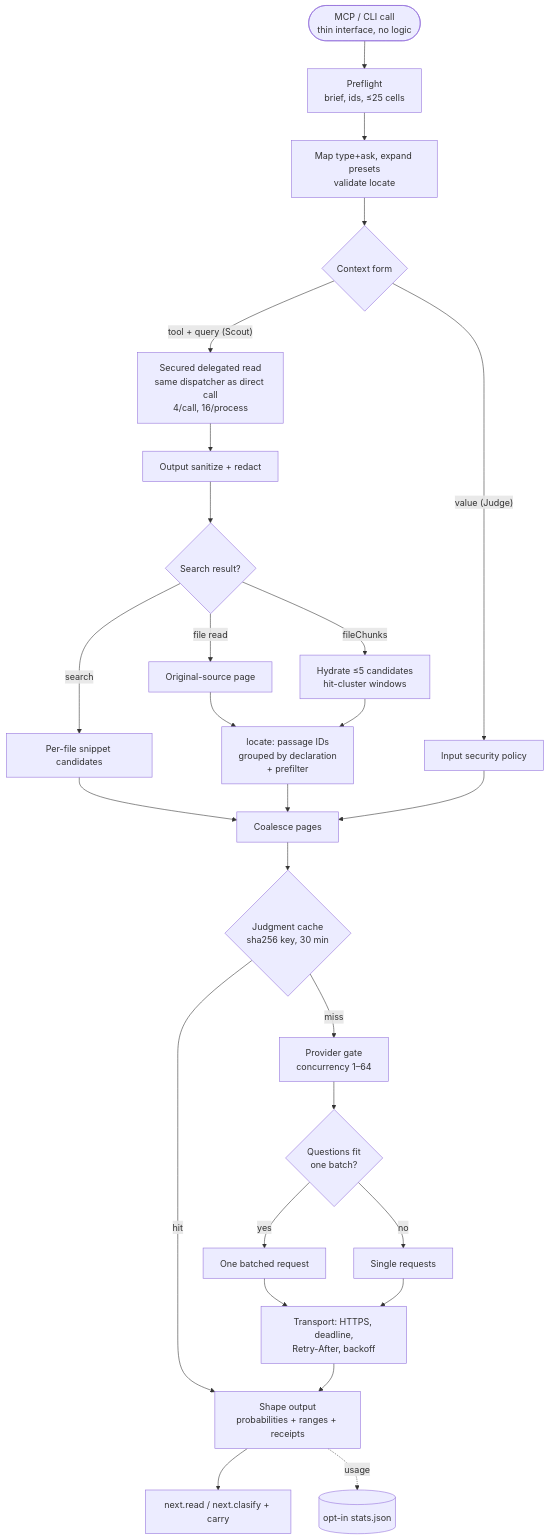
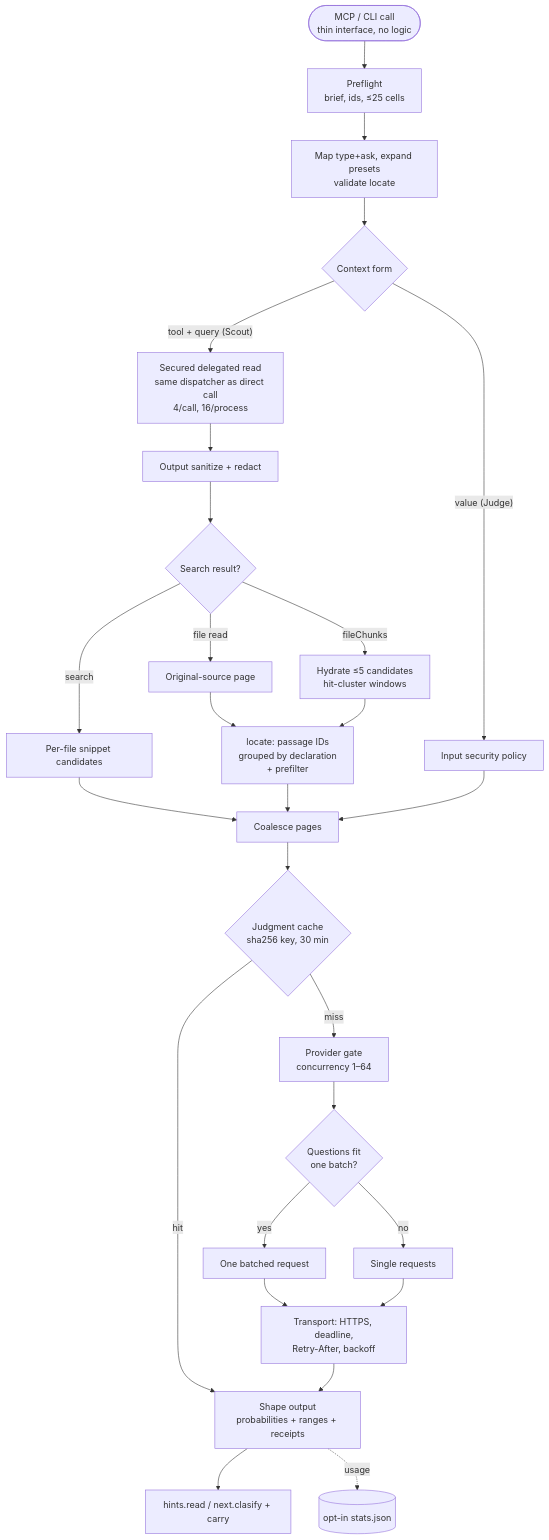
The second of 4 diagrams in docs/OCTOCODE_CLASIFY.md (bgauryy/octocode), drawn with Mermaid before and after one commit. The commit also changed other lines of this file and 374 other files, not shown here.

````diff
--- a/docs/OCTOCODE_CLASIFY.md
+++ b/docs/OCTOCODE_CLASIFY.md
@@ -109,29 +109,29 @@
 ```mermaid
 flowchart TD
     IN(["MCP / CLI call<br/>thin interface, no logic"]) --> PF["Preflight<br/>brief, ids, ≤25 cells"]
     PF --> QX["Map type+ask, expand presets<br/>validate locate"]
     QX --> CF{Context form}
     CF -- "value (Judge)" --> SEC1[Input security policy]
     CF -- "tool + query (Scout)" --> RD["Secured delegated read<br/>same dispatcher as direct call<br/>4/call, 16/process"]
     RD --> SAN[Output sanitize + redact]
     SAN --> CAND{Search result?}
     CAND -- "search" --> SNIP[Per-file snippet candidates]
     CAND -- "fileChunks" --> HYD["Hydrate ≤5 candidates<br/>hit-cluster windows"]
     CAND -- "file read" --> PAGE[Original-source page]
     PAGE --> LOC["locate: passage IDs<br/>grouped by declaration<br/>+ prefilter"]
     HYD --> LOC
     SNIP --> CO[Coalesce pages]
     LOC --> CO
     SEC1 --> CO
     CO --> CACHE{"Judgment cache<br/>sha256 key, 30 min"}
     CACHE -- hit --> OUT
     CACHE -- miss --> GATE["Provider gate<br/>concurrency 1–64"]
     GATE --> BAT{Questions fit<br/>one batch?}
     BAT -- yes --> P1[One batched request]
     BAT -- no --> P2[Single requests]
     P1 --> TR["Transport: HTTPS, deadline,<br/>Retry-After, backoff"]
     P2 --> TR
     TR --> OUT["Shape output<br/>probabilities + ranges + receipts"]
-    OUT --> NX["next.read / next.clasify + carry"]
+    OUT --> NX["hints.read / next.clasify + carry"]
     OUT -. usage .-> ST[(opt-in stats.json)]
 ```
````
